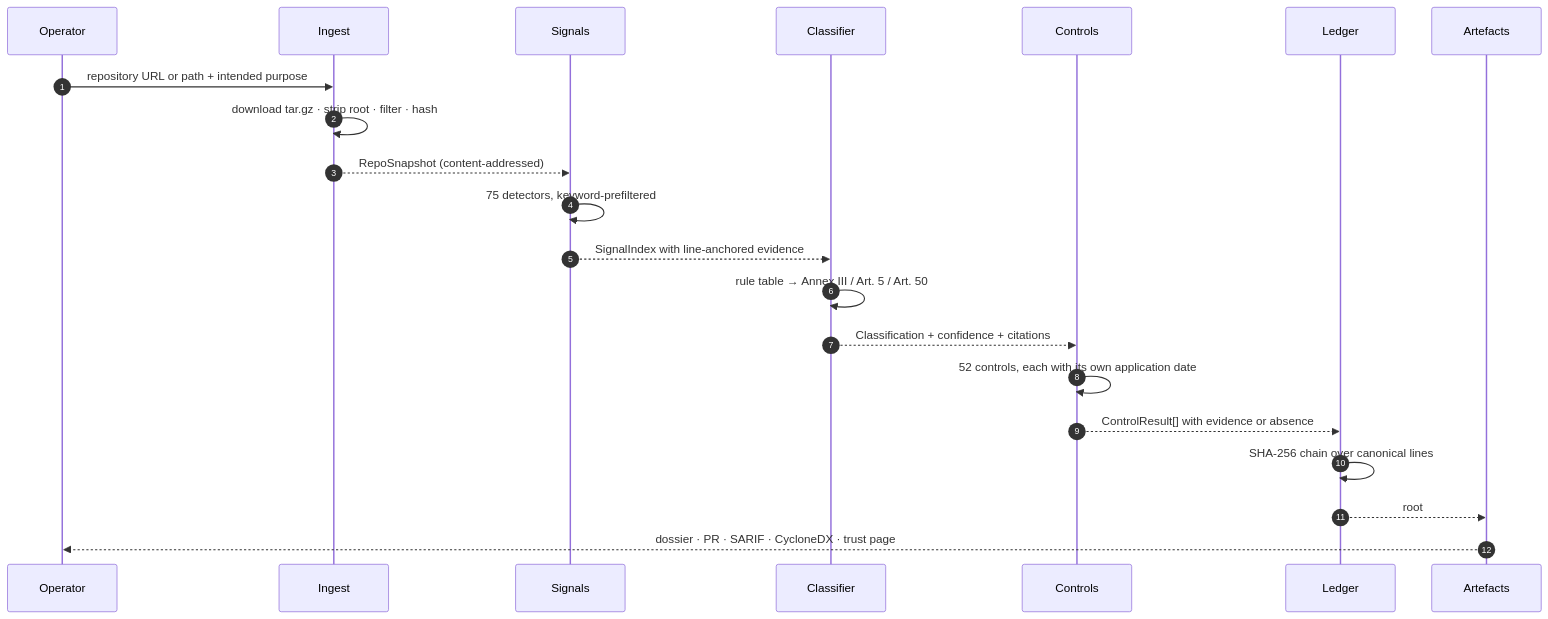
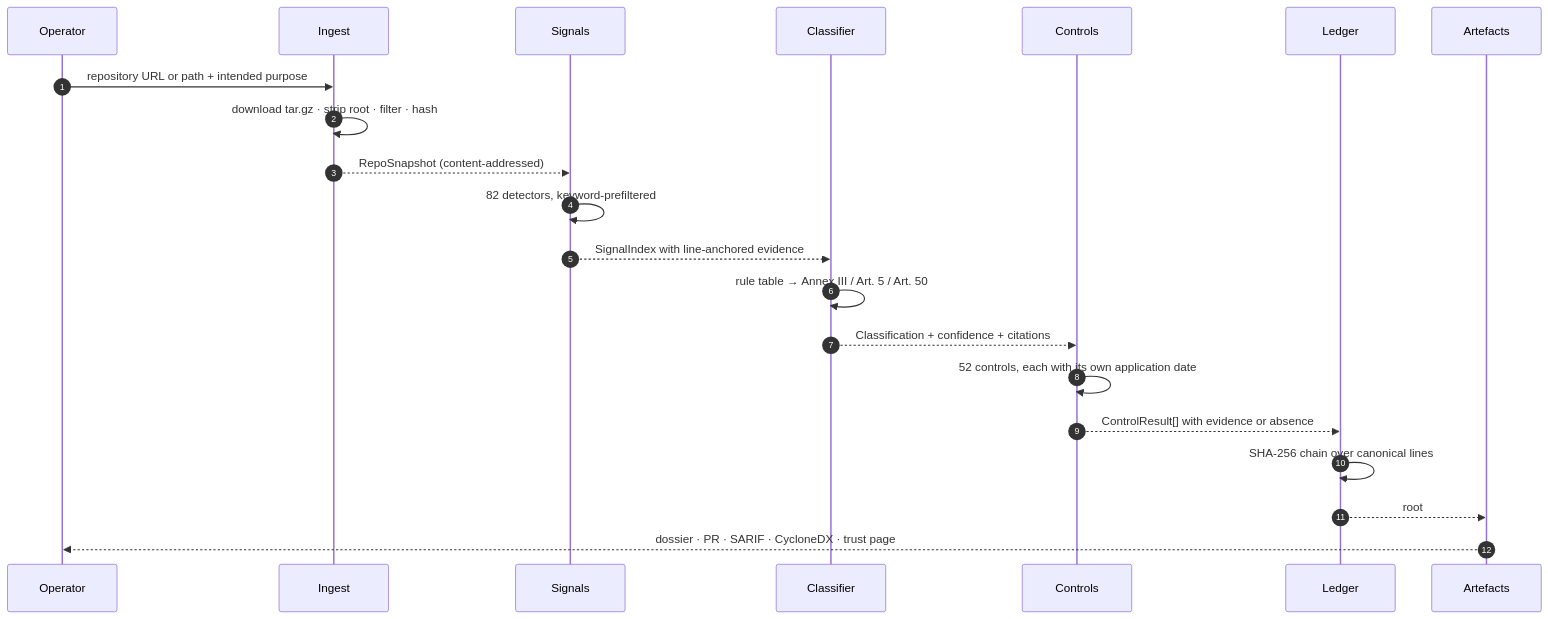
Before and after one commit to shi1720/LexHack: the diagram in docs/ARCHITECTURE.md, drawn with Mermaid. The commit also changed other lines of this file and 55 other files, not shown here.

````diff
--- a/docs/ARCHITECTURE.md
+++ b/docs/ARCHITECTURE.md
@@ -13,24 +13,24 @@
 ```mermaid
 sequenceDiagram
     autonumber
     participant U as Operator
     participant I as Ingest
     participant S as Signals
     participant C as Classifier
     participant E as Controls
     participant L as Ledger
     participant A as Artefacts
 
     U->>I: repository URL or path + intended purpose
     I->>I: download tar.gz · strip root · filter · hash
     I-->>S: RepoSnapshot (content-addressed)
-    S->>S: 75 detectors, keyword-prefiltered
+    S->>S: 82 detectors, keyword-prefiltered
     S-->>C: SignalIndex with line-anchored evidence
     C->>C: rule table → Annex III / Art. 5 / Art. 50
     C-->>E: Classification + confidence + citations
     E->>E: 52 controls, each with its own application date
     E-->>L: ControlResult[] with evidence or absence
     L->>L: SHA-256 chain over canonical lines
     L-->>A: root
     A-->>U: dossier · PR · SARIF · CycloneDX · trust page
 ```
````
